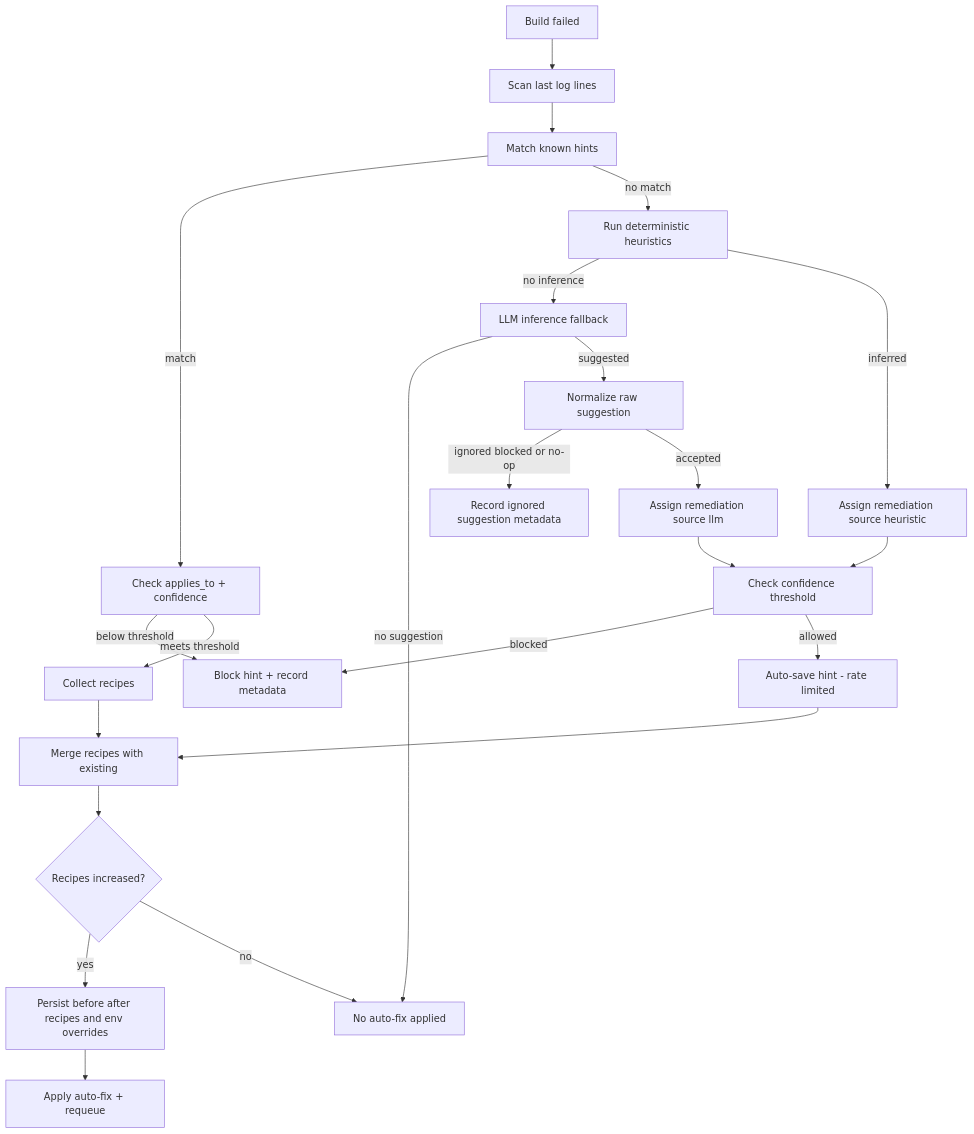
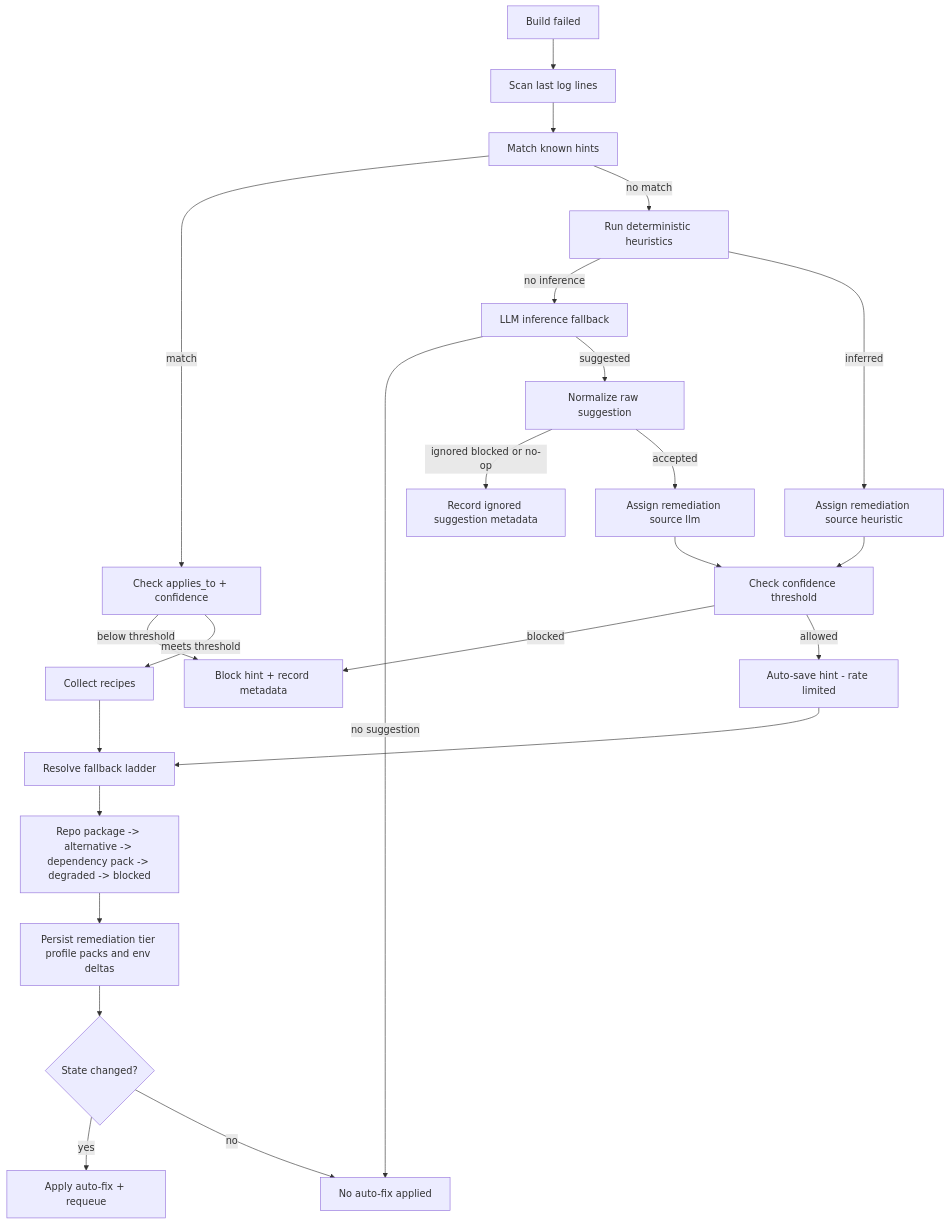
One commit to k8ika0s/s390x-wheel-refinery changed the diagram in docs/diagrams/auto-fix-decision-flow.mmd. Above: the diagram before and after it, drawn with Mermaid. The commit also changed 35 other files, not shown here.

Commit message:
Add resilient dependency fallback and builder profiles

```diff
--- a/docs/diagrams/auto-fix-decision-flow.mmd
+++ b/docs/diagrams/auto-fix-decision-flow.mmd
@@ -1,23 +1,24 @@
 flowchart TD
   A[Build failed] --> B[Scan last log lines]
   B --> C[Match known hints]
   C -->|match| D[Check applies_to + confidence]
   D -->|below threshold| E[Block hint + record metadata]
   D -->|meets threshold| F[Collect recipes]
   C -->|no match| G[Run deterministic heuristics]
   G -->|no inference| H[LLM inference fallback]
   G -->|inferred| I[Assign remediation source heuristic]
   H -->|no suggestion| X[No auto-fix applied]
   H -->|suggested| J[Normalize raw suggestion]
   J -->|ignored blocked or no-op| Y[Record ignored suggestion metadata]
   J -->|accepted| K[Assign remediation source llm]
   I --> L[Check confidence threshold]
   K --> L
   L -->|blocked| E
   L -->|allowed| M[Auto-save hint - rate limited]
-  M --> N[Merge recipes with existing]
+  M --> N[Resolve fallback ladder]
   F --> N
-  N --> O{Recipes increased?}
-  O -->|yes| P[Persist before after recipes and env overrides]
-  P --> Q[Apply auto-fix + requeue]
-  O -->|no| X
+  N --> O["Repo package -> alternative -> dependency pack -> degraded -> blocked"]
+  O --> P[Persist remediation tier profile packs and env deltas]
+  P --> Q{State changed?}
+  Q -->|yes| R[Apply auto-fix + requeue]
+  Q -->|no| X
```
